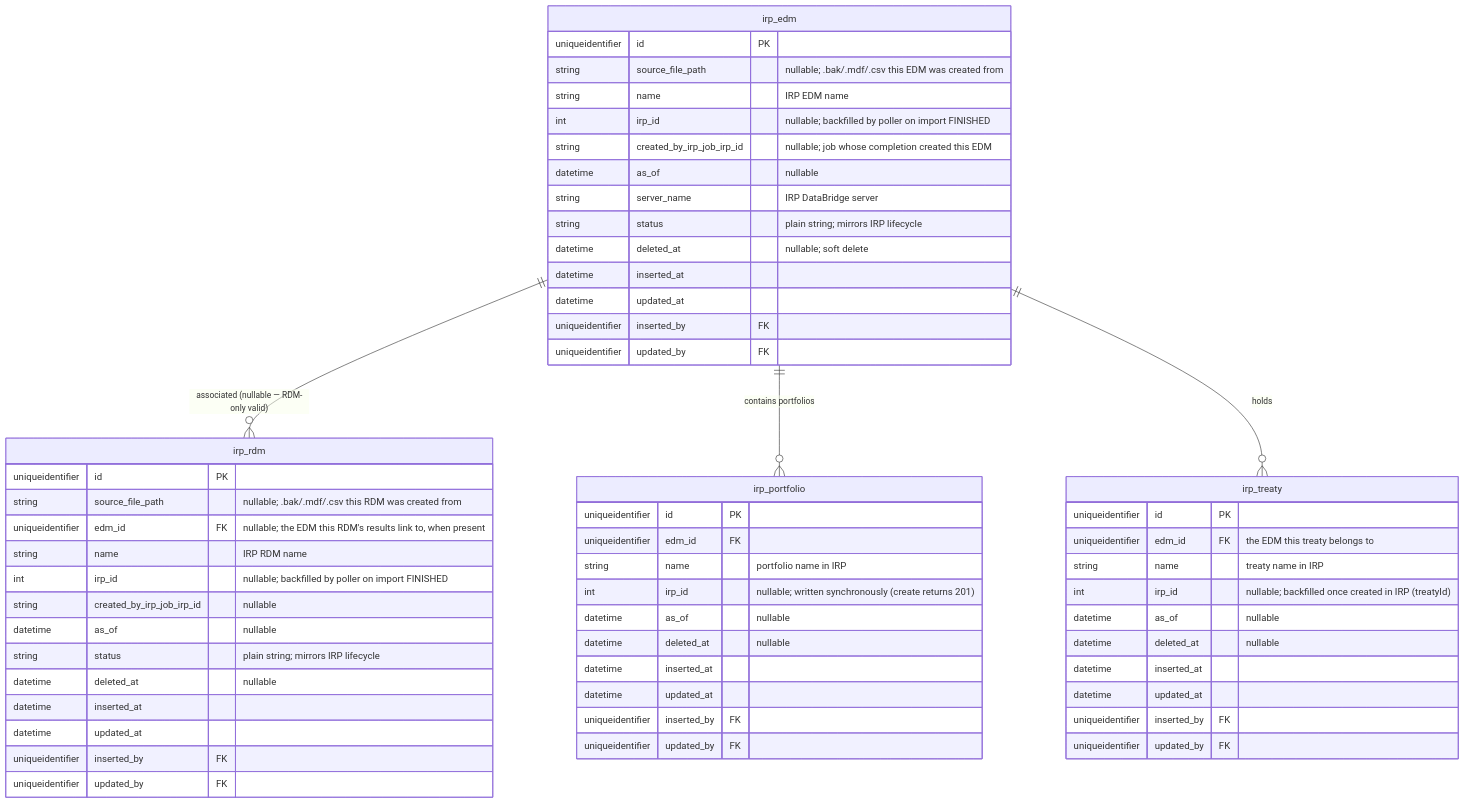
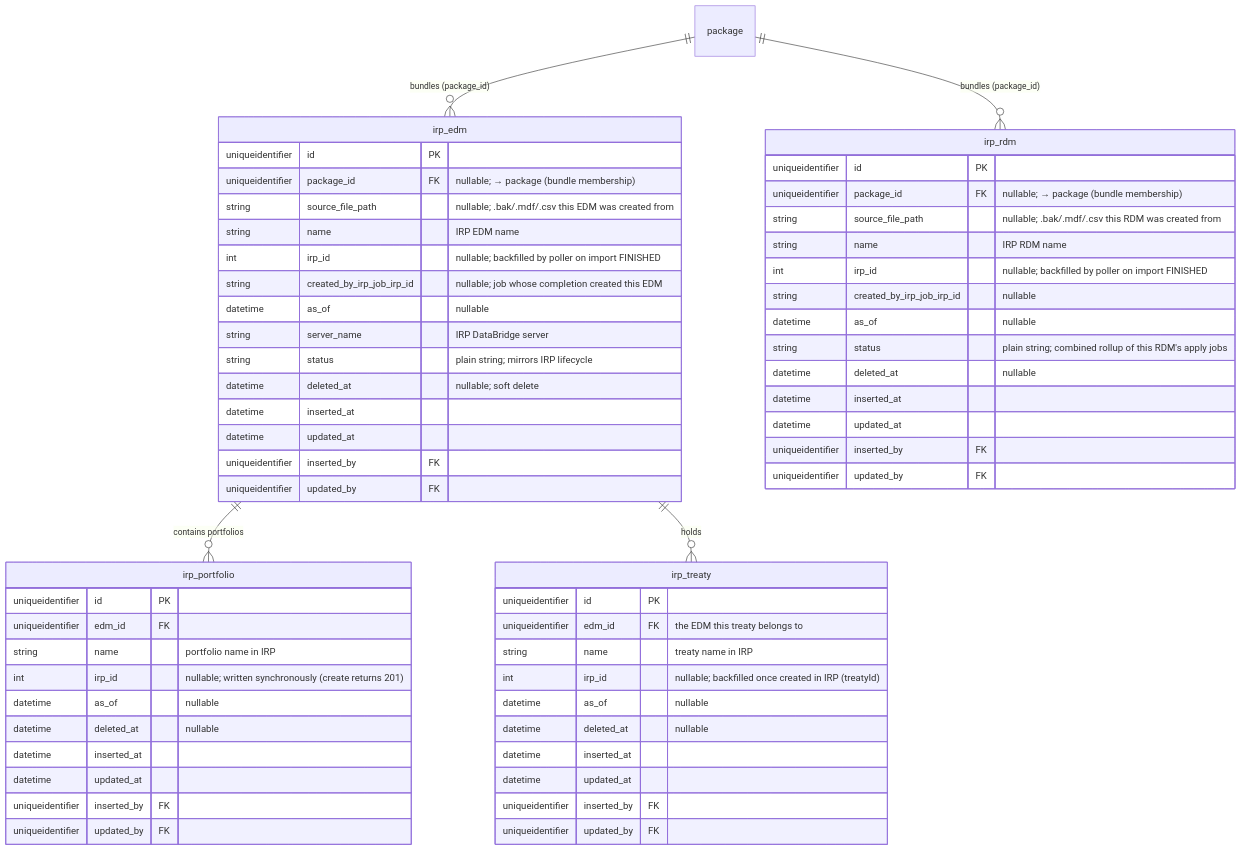
One commit to anilvenugopal/risk-workbench changed the third of 9 diagrams in docs/DATA_MODEL.md. Above: the diagram before and after it, drawn with Mermaid. The commit also changed other lines of this file and 2 other files, not shown here.

````diff
--- a/docs/DATA_MODEL.md
+++ b/docs/DATA_MODEL.md
@@ -188,61 +191,63 @@
 ```mermaid
 erDiagram
-  irp_edm ||--o{ irp_rdm : "associated (nullable — RDM-only valid)"
+  package ||--o{ irp_edm : "bundles (package_id)"
+  package ||--o{ irp_rdm : "bundles (package_id)"
   irp_edm ||--o{ irp_portfolio : "contains portfolios"
   irp_edm ||--o{ irp_treaty : holds
 
   irp_edm {
     uniqueidentifier id PK
+    uniqueidentifier package_id FK "nullable; → package (bundle membership)"
     string source_file_path "nullable; .bak/.mdf/.csv this EDM was created from"
     string name "IRP EDM name"
     int irp_id "nullable; backfilled by poller on import FINISHED"
     string created_by_irp_job_irp_id "nullable; job whose completion created this EDM"
     datetime as_of "nullable"
     string server_name "IRP DataBridge server"
     string status "plain string; mirrors IRP lifecycle"
     datetime deleted_at "nullable; soft delete"
     datetime inserted_at
     datetime updated_at
     uniqueidentifier inserted_by FK
     uniqueidentifier updated_by FK
   }
   irp_rdm {
     uniqueidentifier id PK
+    uniqueidentifier package_id FK "nullable; → package (bundle membership)"
     string source_file_path "nullable; .bak/.mdf/.csv this RDM was created from"
-    uniqueidentifier edm_id FK "nullable; the EDM this RDM's results link to, when present"
     string name "IRP RDM name"
     int irp_id "nullable; backfilled by poller on import FINISHED"
     string created_by_irp_job_irp_id "nullable"
     datetime as_of "nullable"
-    string status "plain string; mirrors IRP lifecycle"
+    string status "plain string; combined rollup of this RDM's apply jobs"
     datetime deleted_at "nullable"
     datetime inserted_at
     datetime updated_at
     uniqueidentifier inserted_by FK
     uniqueidentifier updated_by FK
   }
   irp_portfolio {
     uniqueidentifier id PK
     uniqueidentifier edm_id FK
     string name "portfolio name in IRP"
     int irp_id "nullable; written synchronously (create returns 201)"
     datetime as_of "nullable"
     datetime deleted_at "nullable"
     datetime inserted_at
     datetime updated_at
     uniqueidentifier inserted_by FK
     uniqueidentifier updated_by FK
   }
   irp_treaty {
     uniqueidentifier id PK
     uniqueidentifier edm_id FK "the EDM this treaty belongs to"
     string name "treaty name in IRP"
     int irp_id "nullable; backfilled once created in IRP (treatyId)"
     datetime as_of "nullable"
     datetime deleted_at "nullable"
     datetime inserted_at
     datetime updated_at
     uniqueidentifier inserted_by FK
     uniqueidentifier updated_by FK
   }
 ```
````
